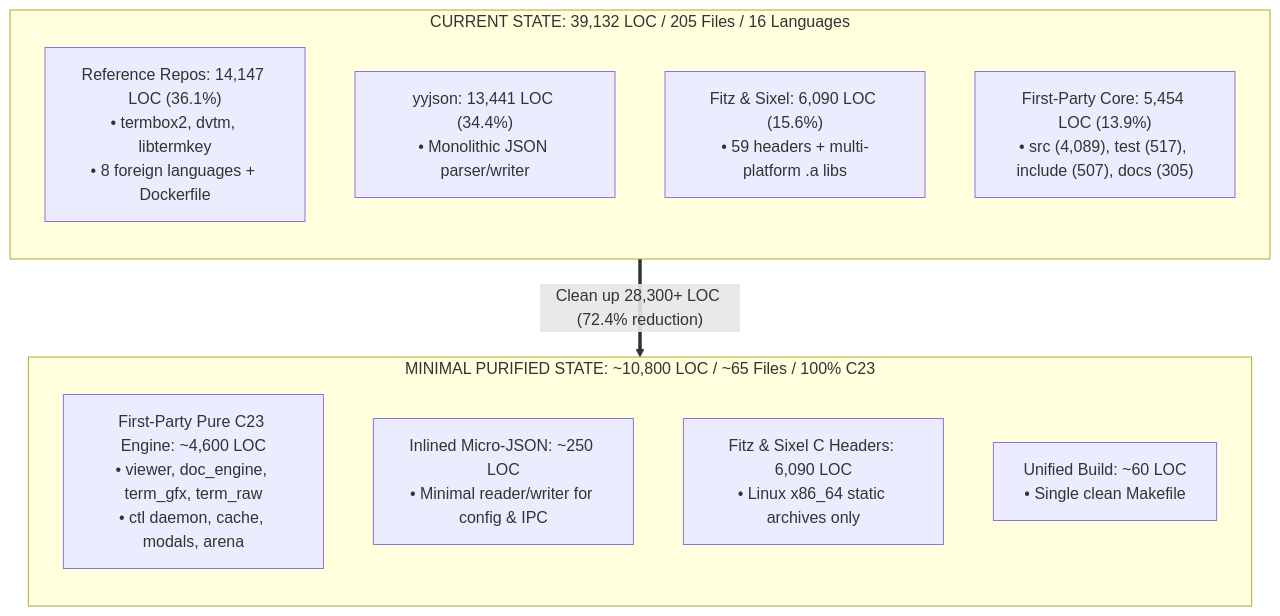
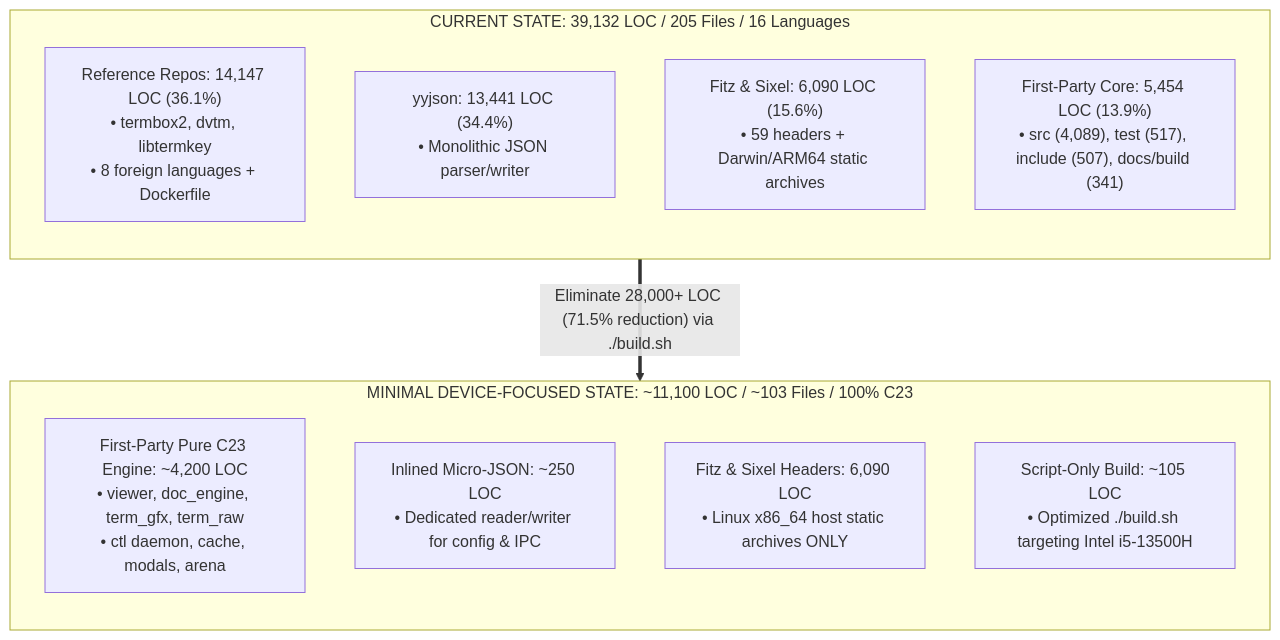
One commit to Aditya-233/pdf-cli changed the diagram in cleanup.md. Above: the diagram before and after it, drawn with Mermaid. The commit also changed other lines of this file, not shown here.

Commit message:
docs: update cleanup.md with script-driven workflow and host device focus

````diff
--- a/cleanup.md
+++ b/cleanup.md
@@ -46,30 +66,30 @@
 ```mermaid
 flowchart TD
     subgraph Current ["CURRENT STATE: 39,132 LOC / 205 Files / 16 Languages"]
         direction TB
         C_REF["Reference Repos: 14,147 LOC (36.1%)
 • termbox2, dvtm, libtermkey
 • 8 foreign languages + Dockerfile"]
         C_YY["yyjson: 13,441 LOC (34.4%)
 • Monolithic JSON parser/writer"]
         C_FITZ["Fitz & Sixel: 6,090 LOC (15.6%)
-• 59 headers + multi-platform .a libs"]
+• 59 headers + Darwin/ARM64 static archives"]
         C_FP["First-Party Core: 5,454 LOC (13.9%)
-• src (4,089), test (517), include (507), docs (305)"]
+• src (4,089), test (517), include (507), docs/build (341)"]
     end
 
-    subgraph Target ["MINIMAL PURIFIED STATE: ~10,800 LOC / ~65 Files / 100% C23"]
+    subgraph Target ["MINIMAL DEVICE-FOCUSED STATE: ~11,100 LOC / ~103 Files / 100% C23"]
         direction TB
-        T_CORE["First-Party Pure C23 Engine: ~4,600 LOC
+        T_CORE["First-Party Pure C23 Engine: ~4,200 LOC
 • viewer, doc_engine, term_gfx, term_raw
 • ctl daemon, cache, modals, arena"]
         T_JSON["Inlined Micro-JSON: ~250 LOC
-• Minimal reader/writer for config & IPC"]
-        T_DEPS["Fitz & Sixel C Headers: 6,090 LOC
-• Linux x86_64 static archives only"]
-        T_BUILD["Unified Build: ~60 LOC
-• Single clean Makefile"]
+• Dedicated reader/writer for config & IPC"]
+        T_DEPS["Fitz & Sixel Headers: 6,090 LOC
+• Linux x86_64 host static archives ONLY"]
+        T_SCRIPT["Script-Only Build: ~105 LOC
+• Optimized ./build.sh targeting Intel i5-13500H"]
     end
 
-    Current ==>|"Clean up 28,300+ LOC (72.4% reduction)"| Target
+    Current ==>|"Eliminate 28,000+ LOC (71.5% reduction) via ./build.sh"| Target
 ```
````
